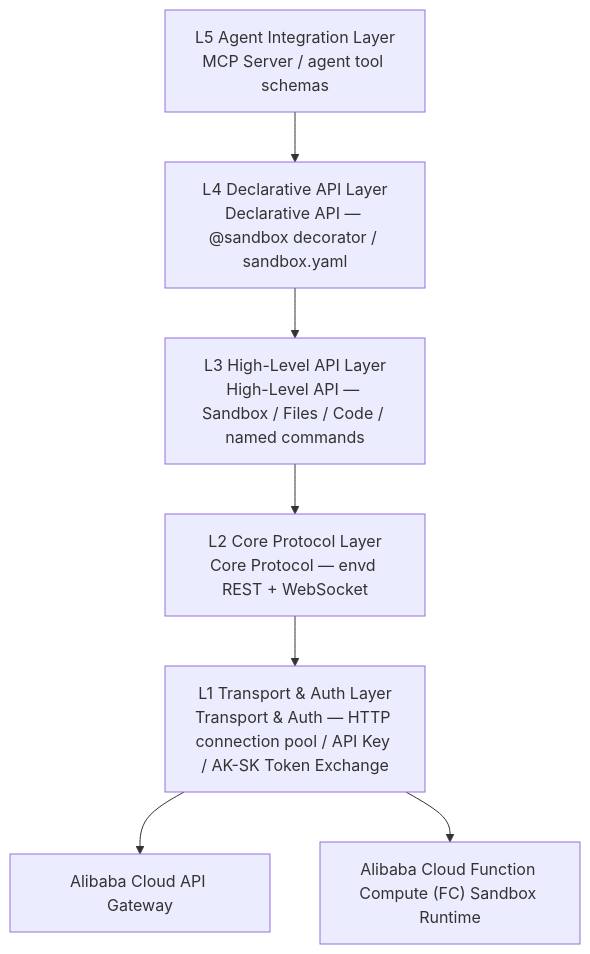
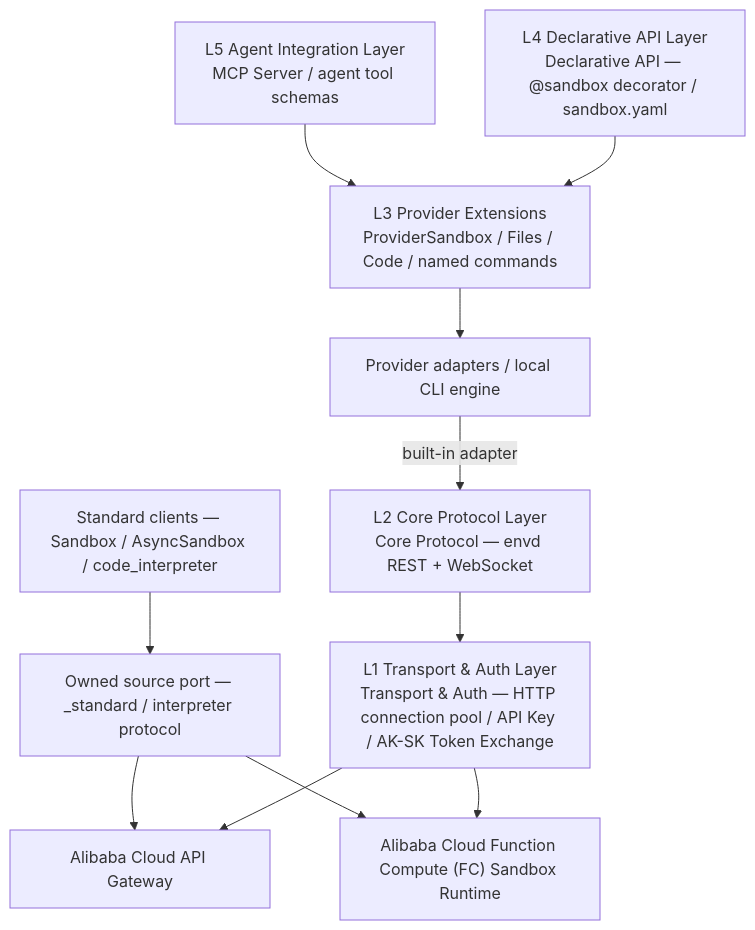
One commit to Alibaba-Agent-Sandbox/python-sdk changed the first of 2 diagrams in docs/en/design/architecture.md. Above: the diagram before and after it, drawn with Mermaid. The commit also changed other lines of this file and 14 other files, not shown here.

````diff
--- a/docs/en/design/architecture.md
+++ b/docs/en/design/architecture.md
@@ -9,17 +11,24 @@
 ```mermaid
 graph TD
     L5["L5 Agent Integration Layer<br/>MCP Server / agent tool schemas"]
     L4["L4 Declarative API Layer<br/>Declarative API — @sandbox decorator / sandbox.yaml"]
-    L3["L3 High-Level API Layer<br/>High-Level API — Sandbox / Files / Code / named commands"]
+    STD["Standard clients — Sandbox / AsyncSandbox / code_interpreter"]
+    PORT["Owned source port — _standard / interpreter protocol"]
+    L3["L3 Provider Extensions<br/>ProviderSandbox / Files / Code / named commands"]
     L2["L2 Core Protocol Layer<br/>Core Protocol — envd REST + WebSocket"]
     L1["L1 Transport & Auth Layer<br/>Transport & Auth — HTTP connection pool / API Key / AK-SK Token Exchange"]
     GW["Alibaba Cloud API Gateway"]
     FC["Alibaba Cloud Function Compute (FC) Sandbox Runtime"]
 
-    L5 --> L4
+    STD --> PORT
+    PORT --> GW
+    PORT --> FC
+    L5 --> L3
     L4 --> L3
-    L3 --> L2
+    PRV["Provider adapters / local CLI engine"]
+    L3 --> PRV
+    PRV -->|built-in adapter| L2
     L2 --> L1
     L1 --> GW
     L1 --> FC
 ```
````
